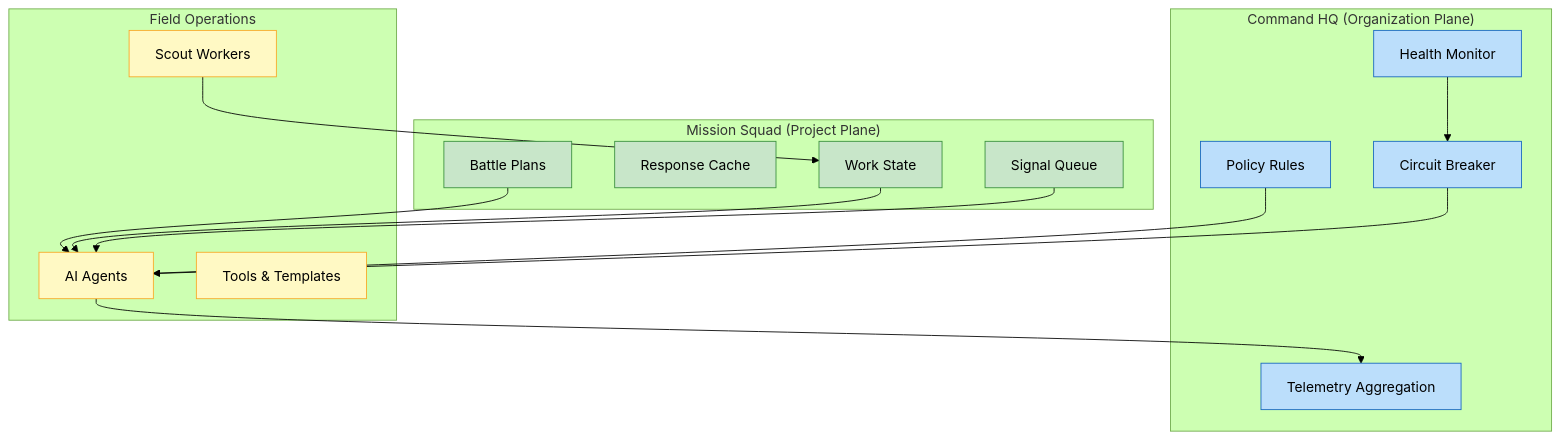
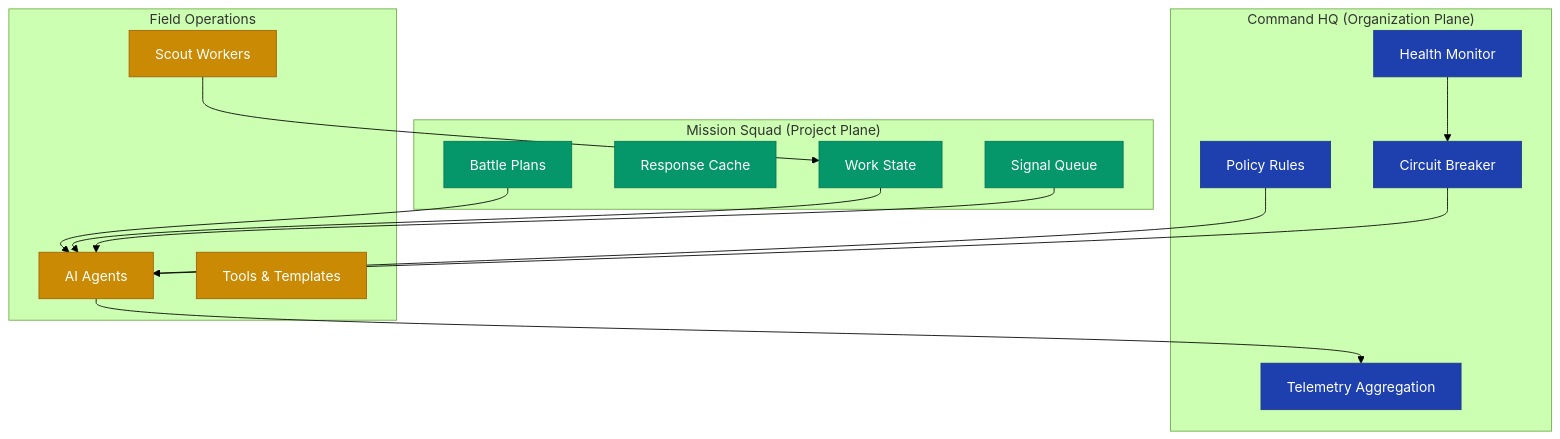
One commit to jnPiyush/AI-Squad changed the second of 10 diagrams in docs/architecture/ARCHITECTURE-DIAGRAMS.md. Above: the diagram before and after it, drawn with Mermaid (forest theme). The commit also changed other lines of this file and 6 other files, not shown here.

First line of the commit message:
Consolidate docs: fix diagram colors, remove duplicates, reorganize

````diff
--- a/docs/architecture/ARCHITECTURE-DIAGRAMS.md
+++ b/docs/architecture/ARCHITECTURE-DIAGRAMS.md
@@ -90,41 +90,41 @@
 ```mermaid
 graph TB
     subgraph "Command HQ (Organization Plane)"
         Policy[Policy Rules]
         Health[Health Monitor]
         Circuit[Circuit Breaker]
         Telemetry[Telemetry Aggregation]
     end
     
     subgraph "Mission Squad (Project Plane)"
         BP[Battle Plans]
         Cache[Response Cache]
         Signals[Signal Queue]
         State[Work State]
     end
     
     subgraph "Field Operations"
         Agents[AI Agents]
         Scout[Scout Workers]
         Tools[Tools & Templates]
     end
     
     Policy --> Agents
     Health --> Circuit
     Circuit --> Agents
     
     BP --> Agents
     State --> Agents
     Signals --> Agents
     
     Agents --> Telemetry
     Scout --> State
     
-    classDef org fill:#bbdefb,stroke:#1565c0
-    classDef project fill:#c8e6c9,stroke:#388e3c
-    classDef field fill:#fff9c4,stroke:#f9a825
+    classDef org fill:#1e40af,stroke:#1e3a8a,color:#fff
+    classDef project fill:#059669,stroke:#047857,color:#fff
+    classDef field fill:#ca8a04,stroke:#a16207,color:#fff
     
     class Policy,Health,Circuit,Telemetry org
     class BP,Cache,Signals,State project
     class Agents,Scout,Tools field
 ```
````
